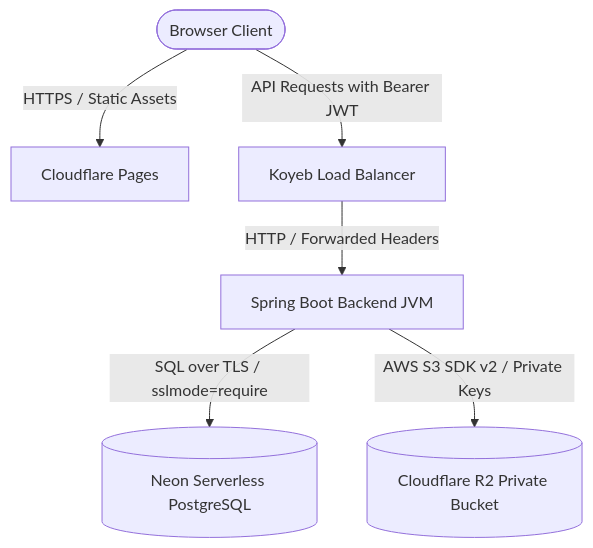
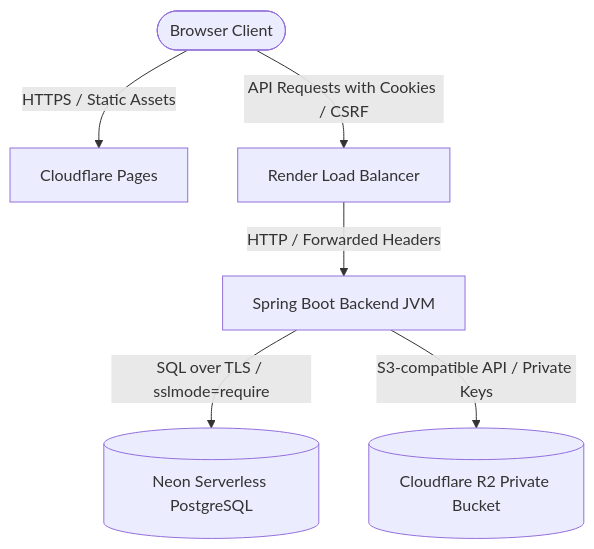
The diagram in DEPLOYMENT.md (vaideheek/JobApplicationTracker), drawn with Mermaid before and after one commit. The commit also changed other lines of this file and 44 other files, not shown here.

````diff
--- a/DEPLOYMENT.md
+++ b/DEPLOYMENT.md
@@ -15,8 +15,8 @@
 ```mermaid
 graph TD
     User([Browser Client]) -->|HTTPS / Static Assets| CF[Cloudflare Pages]
-    User -->|API Requests with Bearer JWT| KB[Koyeb Load Balancer]
-    KB -->|HTTP / Forwarded Headers| BE[Spring Boot Backend JVM]
+    User -->|API Requests with Cookies / CSRF| RD[Render Load Balancer]
+    RD -->|HTTP / Forwarded Headers| BE[Spring Boot Backend JVM]
     BE -->|SQL over TLS / sslmode=require| DB[(Neon Serverless PostgreSQL)]
-    BE -->|AWS S3 SDK v2 / Private Keys| R2[(Cloudflare R2 Private Bucket)]
+    BE -->|S3-compatible API / Private Keys| R2[(Cloudflare R2 Private Bucket)]
 ```
````
